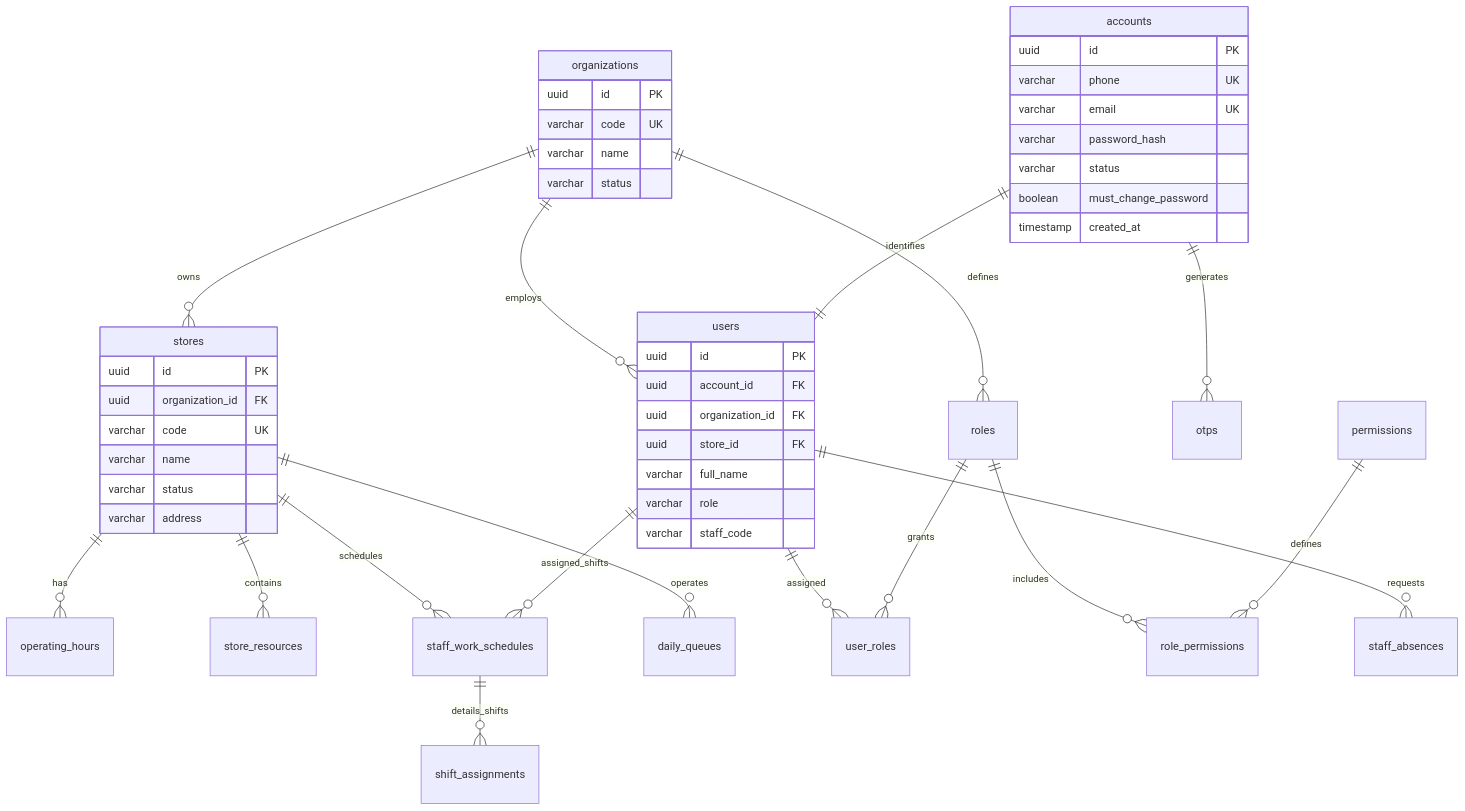
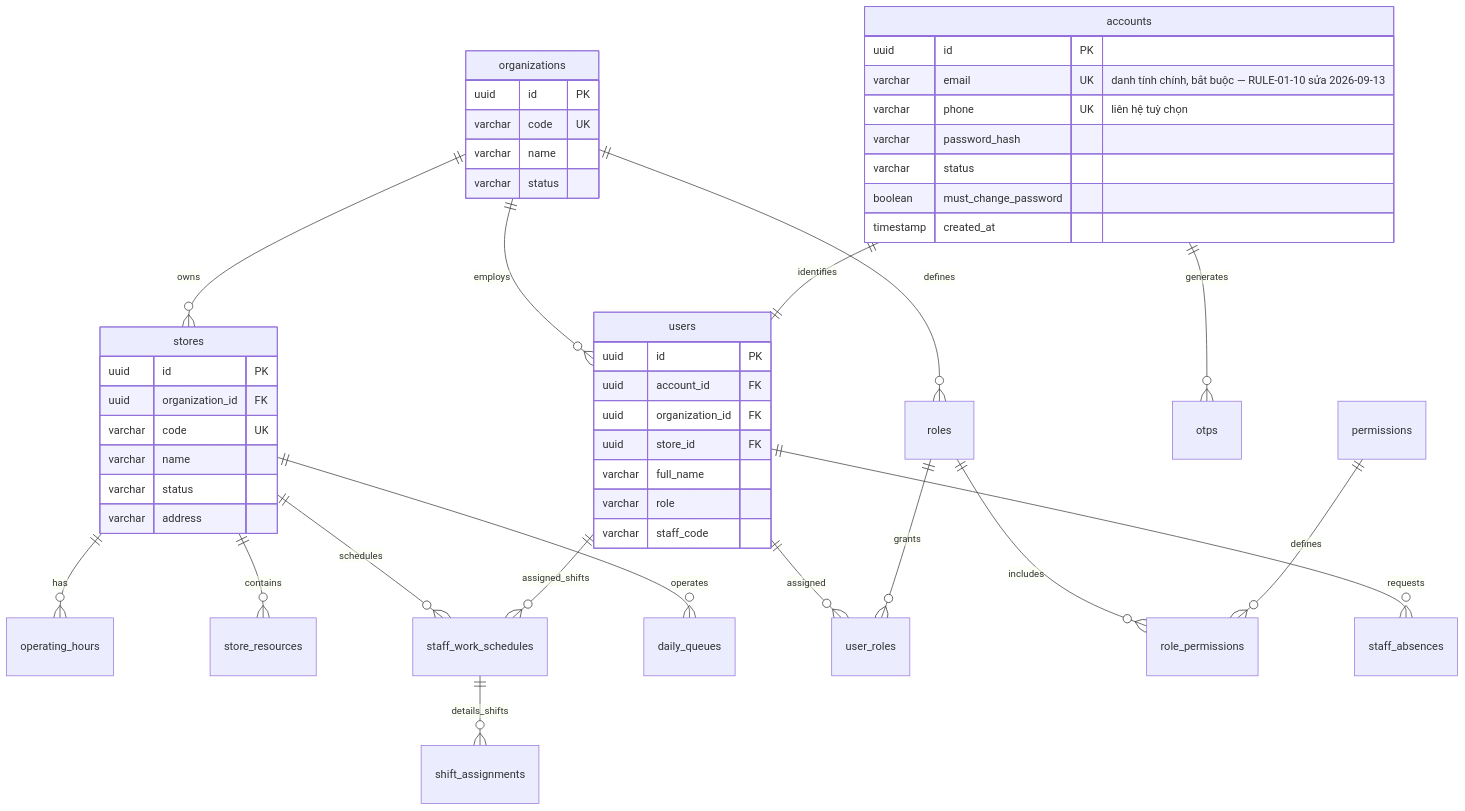
The first of 5 diagrams in docs/06-erd.md (BVHC/Pet-care-new), drawn with Mermaid before and after one commit. The commit also changed other lines of this file and 67 other files, not shown here.

````diff
--- a/docs/06-erd.md
+++ b/docs/06-erd.md
@@ -36,57 +36,57 @@
 ```mermaid
 erDiagram
     organizations ||--o{ stores : owns
     organizations ||--o{ roles : defines
     organizations ||--o{ users : employs
     stores ||--o{ operating_hours : has
     stores ||--o{ store_resources : contains
     stores ||--o{ staff_work_schedules : schedules
     stores ||--o{ daily_queues : operates
     
     accounts ||--o{ otps : generates
     accounts ||--|| users : identifies
     users ||--o{ user_roles : assigned
     roles ||--o{ user_roles : grants
     roles ||--o{ role_permissions : includes
     permissions ||--o{ role_permissions : defines
     
     users ||--o{ staff_work_schedules : assigned_shifts
     staff_work_schedules ||--o{ shift_assignments : details_shifts
     users ||--o{ staff_absences : requests
     
     accounts {
         uuid id PK
-        varchar phone UK
-        varchar email UK
+        varchar email UK "danh tính chính, bắt buộc — RULE-01-10 sửa 2026-09-13"
+        varchar phone UK "liên hệ tuỳ chọn"
         varchar password_hash
         varchar status
         boolean must_change_password
         timestamp created_at
     }
     
     users {
         uuid id PK
         uuid account_id FK
         uuid organization_id FK
         uuid store_id FK
         varchar full_name
         varchar role
         varchar staff_code
     }
     
     organizations {
         uuid id PK
         varchar code UK
         varchar name
         varchar status
     }
     
     stores {
         uuid id PK
         uuid organization_id FK
         varchar code UK
         varchar name
         varchar status
         varchar address
     }
 ```
````
